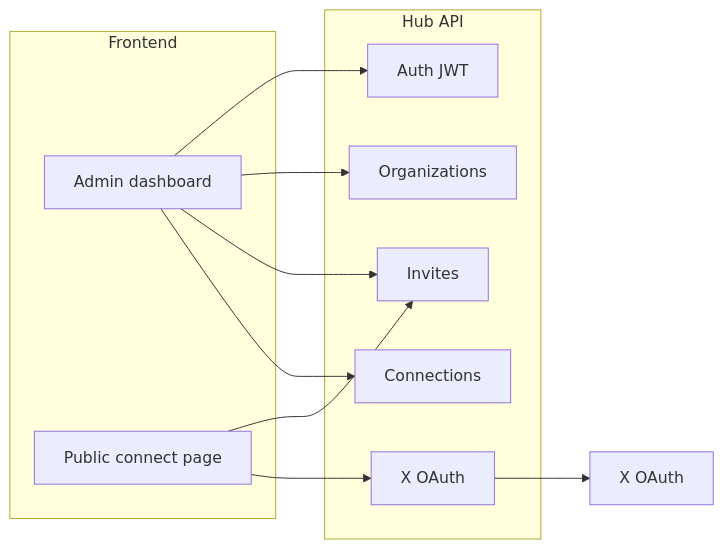
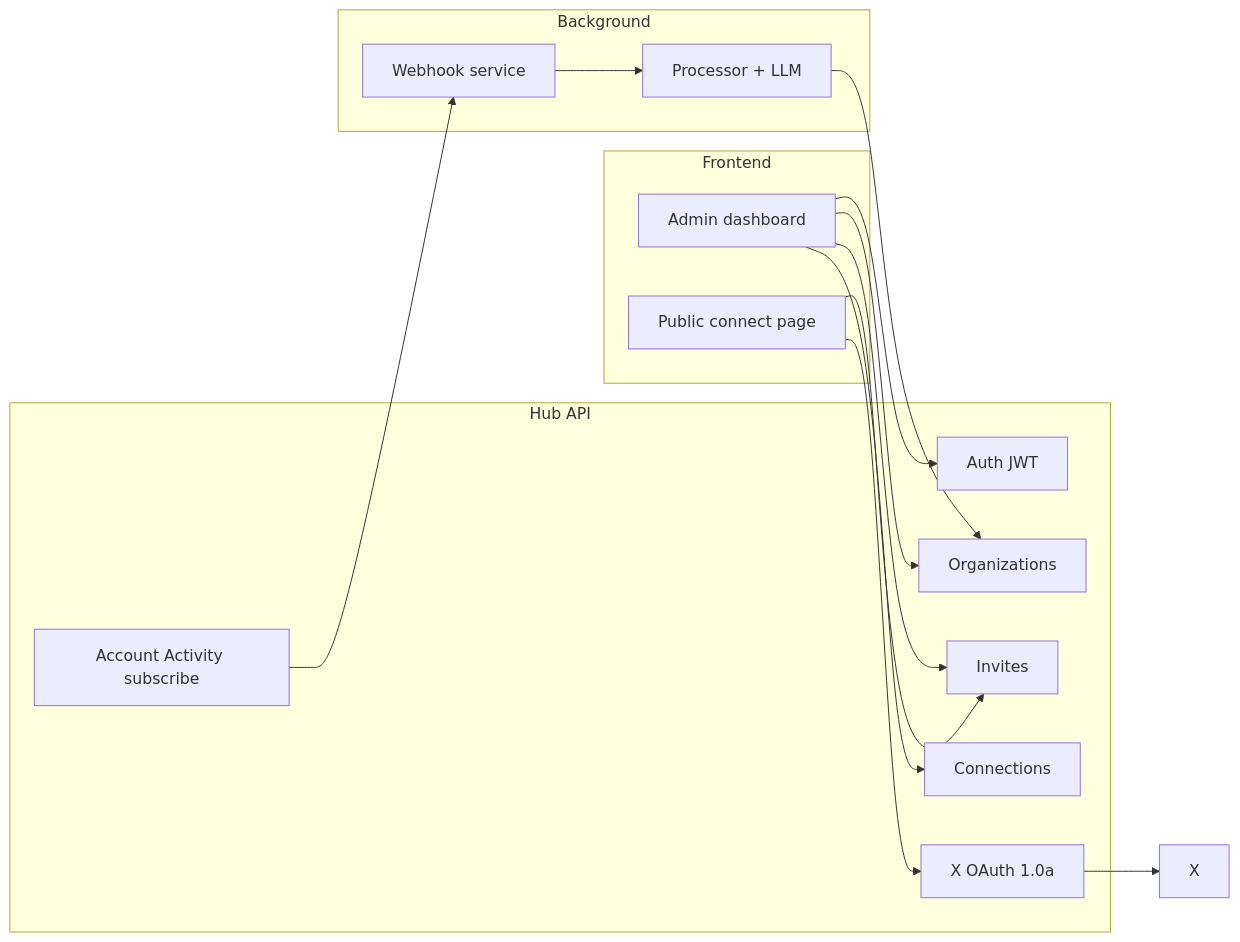
The diagram in docs/CREATE_AND_INTEGRATE_FRONTEND.md (akhil-is-watching/x-executor-backend), drawn with Mermaid before and after one commit. The commit also changed other lines of this file and 4 other files, not shown here.

````diff
--- a/docs/CREATE_AND_INTEGRATE_FRONTEND.md
+++ b/docs/CREATE_AND_INTEGRATE_FRONTEND.md
@@ -11,22 +24,30 @@
 ```mermaid
 flowchart LR
   subgraph frontend [Frontend]
     AdminUI[Admin dashboard]
     ConnectUI[Public connect page]
   end
   subgraph hub [Hub API]
     Auth[Auth JWT]
     Orgs[Organizations]
     Invites[Invites]
-    OAuth[X OAuth]
+    OAuth[X OAuth 1.0a]
     Connections[Connections]
+    Webhooks[Account Activity subscribe]
   end
-  X[X OAuth]
+  subgraph background [Background]
+    WebhookSvc[Webhook service]
+    Processor[Processor + LLM]
+  end
+  X[X]
   AdminUI --> Auth
   AdminUI --> Orgs
   AdminUI --> Invites
   AdminUI --> Connections
   ConnectUI --> Invites
   ConnectUI --> OAuth
   OAuth --> X
+  Webhooks --> WebhookSvc
+  WebhookSvc --> Processor
+  Processor --> Orgs
 ```
````
